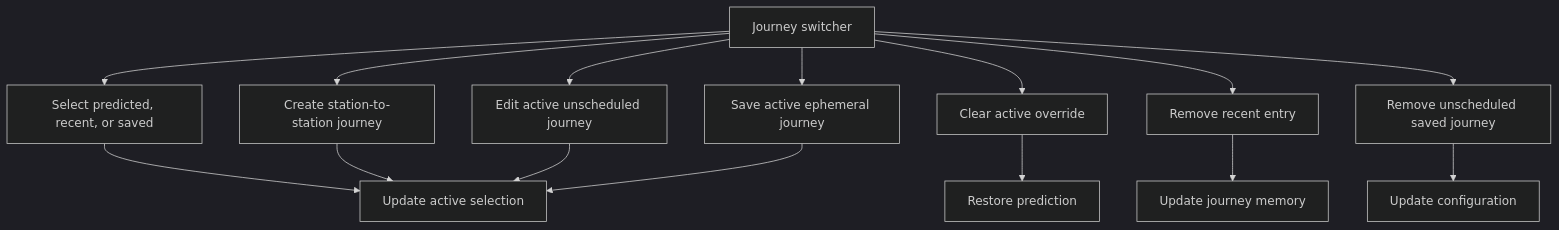
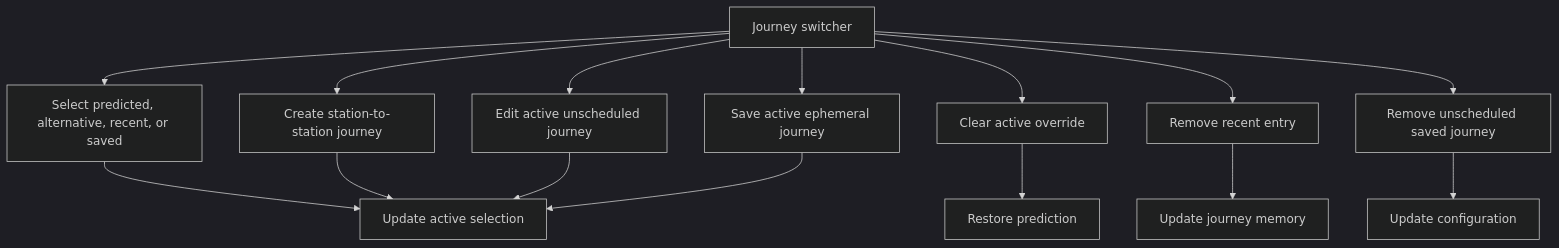
One commit to nd9600/trainDashboard changed the fourth of 4 diagrams in docs/journey-selection.md. Above: the diagram before and after it, drawn with Mermaid (dark theme). The commit also changed other lines of this file and 13 other files, not shown here.

````diff
--- a/docs/journey-selection.md
+++ b/docs/journey-selection.md
@@ -50,27 +73,27 @@
 ```mermaid
 flowchart TD
     switcher[Journey switcher]
-    existing[Select predicted, recent, or saved]
+    existing[Select predicted, alternative, recent, or saved]
     create[Create station-to-station journey]
     edit[Edit active unscheduled journey]
     save[Save active ephemeral journey]
     clear[Clear active override]
     removeRecent[Remove recent entry]
     removeSaved[Remove unscheduled saved journey]
 
     switcher --> existing
     switcher --> create
     switcher --> edit
     switcher --> save
     switcher --> clear
     switcher --> removeRecent
     switcher --> removeSaved
 
     existing --> active[Update active selection]
     create --> active
     edit --> active
     save --> active
     clear --> predicted[Restore prediction]
     removeRecent --> memory[Update journey memory]
     removeSaved --> config[Update configuration]
 ```
````
